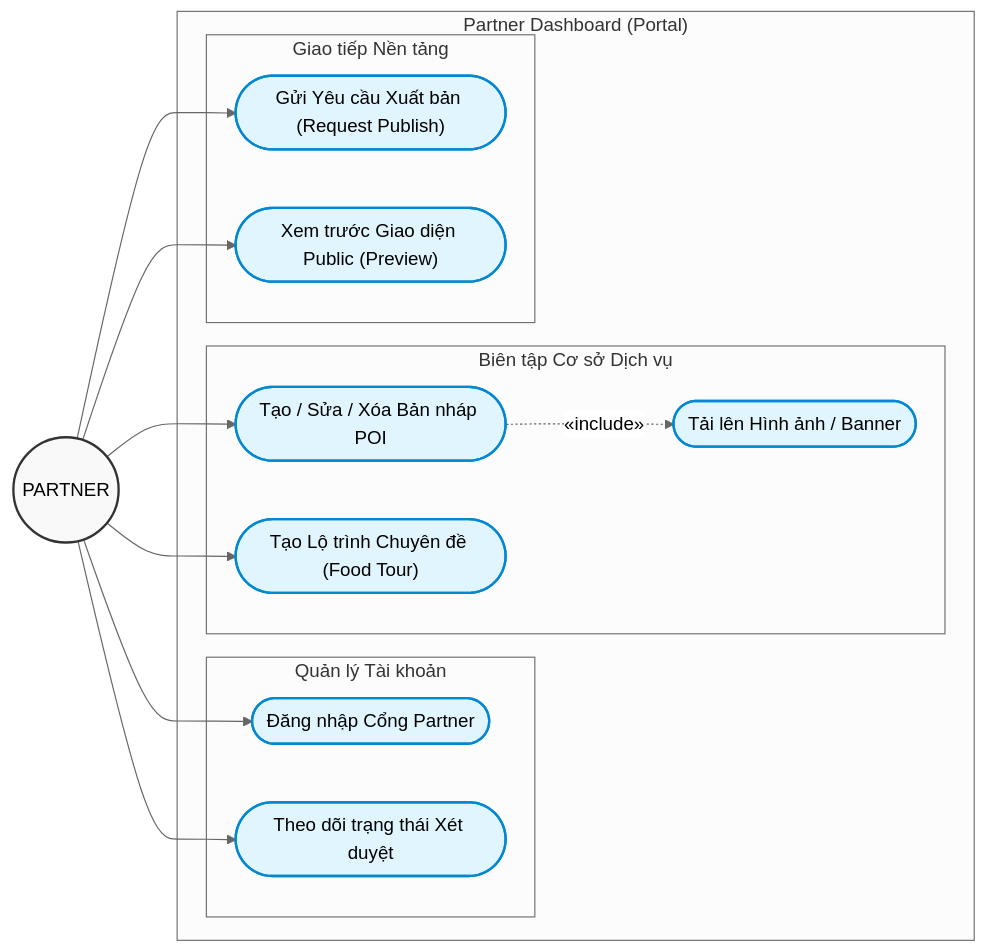
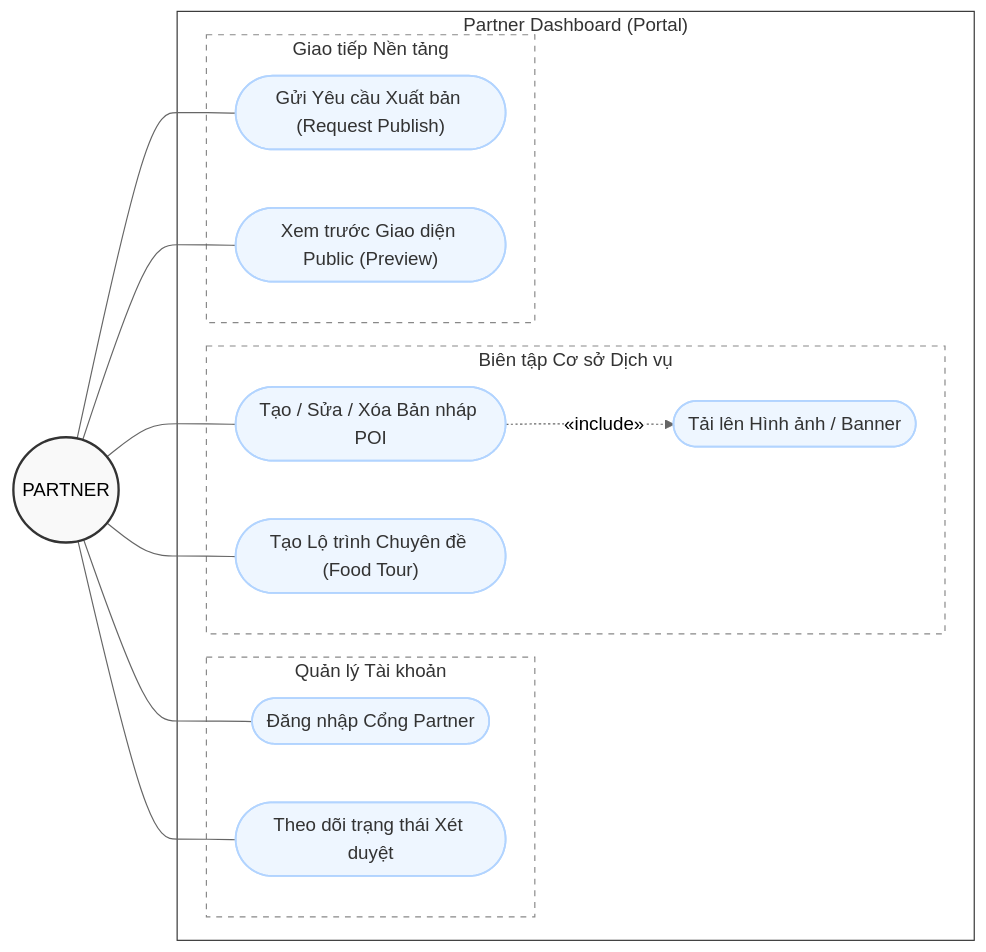
One commit to ngsouthbrother04/PhoAmThuc changed the second of 3 diagrams in docs/diagram-use-case.md. Above: the diagram before and after it, drawn with Mermaid (neutral theme). The commit also changed other lines of this file and 3 other files, not shown here.

Commit message:
adjust diagrams

````diff
--- a/docs/diagram-use-case.md
+++ b/docs/diagram-use-case.md
@@ -56,39 +67,44 @@
 ```mermaid
 flowchart LR
     PARTNER(("PARTNER"))
 
     subgraph System ["Partner Dashboard (Portal)"]
         
         subgraph Group1 ["Quản lý Tài khoản"]
             UC1(["Đăng nhập Cổng Partner"])
             UC2(["Theo dõi trạng thái Xét duyệt"])
         end
 
         subgraph Group2 ["Biên tập Cơ sở Dịch vụ"]
             UC3(["Tạo / Sửa / Xóa Bản nháp POI"])
             UC4(["Tải lên Hình ảnh / Banner"])
             UC5(["Tạo Lộ trình Chuyên đề (Food Tour)"])
             
             UC3 -. "«include»" .-> UC4
         end
 
         subgraph Group3 ["Giao tiếp Nền tảng"]
             UC6(["Gửi Yêu cầu Xuất bản (Request Publish)"])
             UC7(["Xem trước Giao diện Public (Preview)"])
         end
     end
 
     %% Connections
-    PARTNER --> UC1
-    PARTNER --> UC2
-    PARTNER --> UC3
-    PARTNER --> UC5
-    PARTNER --> UC6
-    PARTNER --> UC7
+    PARTNER --- UC1
+    PARTNER --- UC2
+    PARTNER --- UC3
+    PARTNER --- UC5
+    PARTNER --- UC6
+    PARTNER --- UC7
 
-    %% Styling
+    %% Styling matches the reference image
     classDef actor fill:#f9f9f9,stroke:#333,stroke-width:2px,color:#000
-    classDef usecase fill:#e1f5fe,stroke:#0288d1,stroke-width:2px,color:#000
+    classDef usecase fill:#EEF6FF,stroke:#B2D4FF,stroke-width:1.5px,color:#333
     class PARTNER actor
     class UC1,UC2,UC3,UC4,UC5,UC6,UC7 usecase
+    
+    style System fill:transparent,stroke:#333,stroke-width:1px,color:#333
+    style Group1 fill:transparent,stroke:#888,stroke-width:1px,color:#333,stroke-dasharray: 5 5
+    style Group2 fill:transparent,stroke:#888,stroke-width:1px,color:#333,stroke-dasharray: 5 5
+    style Group3 fill:transparent,stroke:#888,stroke-width:1px,color:#333,stroke-dasharray: 5 5
 ```
````
